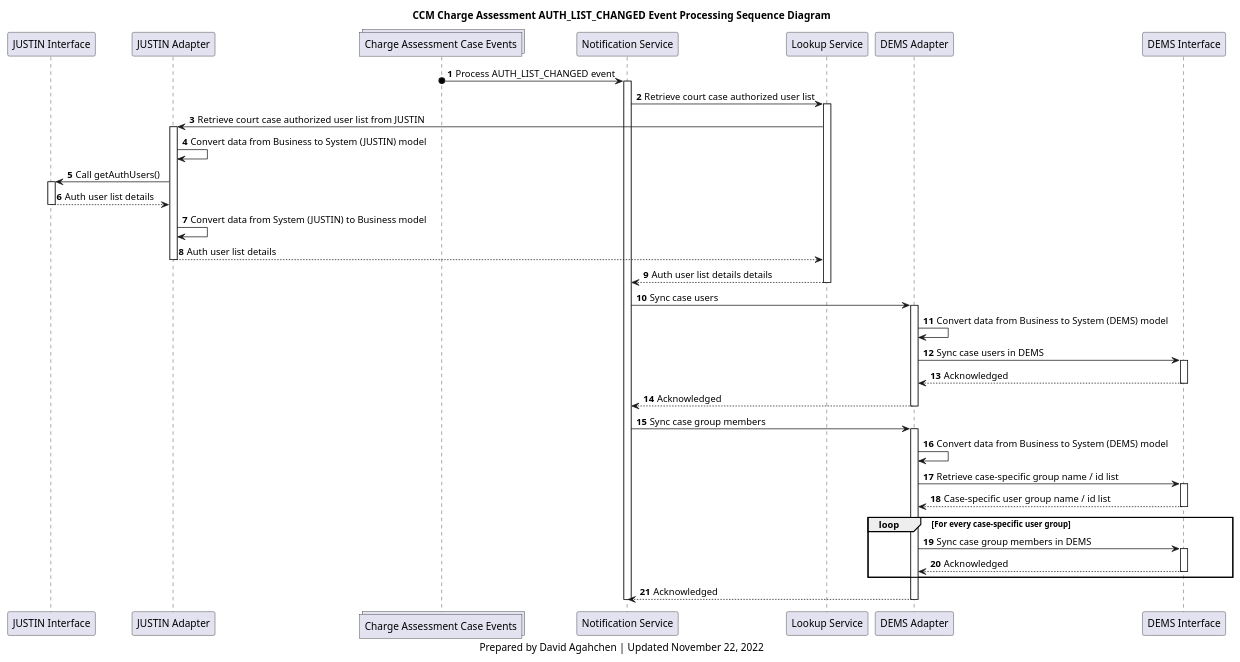
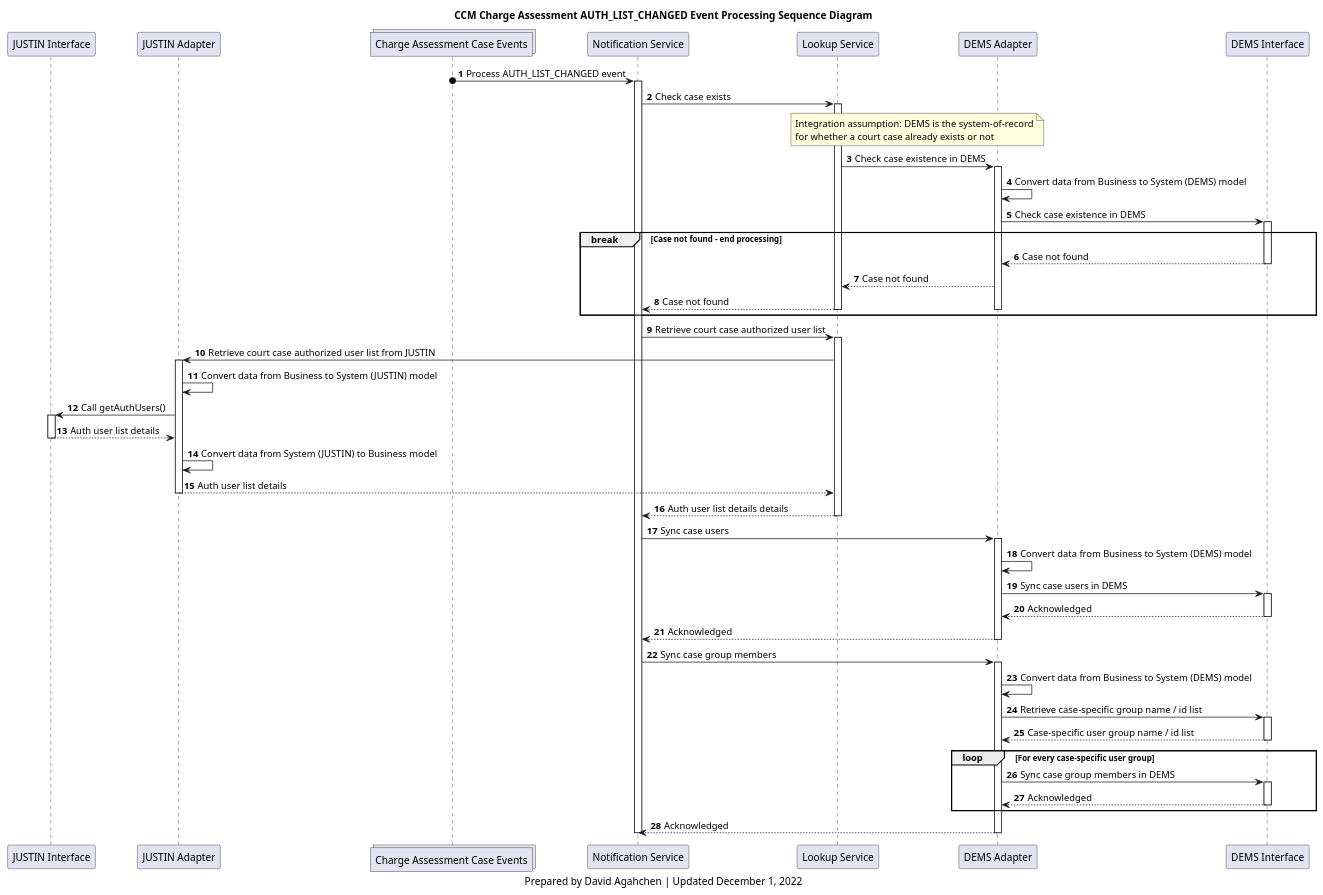
The diagram in diagrams/ccm_charge_assessment_case_auth_list_changed_processing_sequence_diagram.plantuml (bcgov/jpss-jade-ccm), drawn with PlantUML before and after one commit. The commit also changed 7 other files, not shown here.

Commit message:
JADE-1828 diagram updates

```diff
--- a/diagrams/ccm_charge_assessment_case_auth_list_changed_processing_sequence_diagram.plantuml
+++ b/diagrams/ccm_charge_assessment_case_auth_list_changed_processing_sequence_diagram.plantuml
@@ -1,67 +1,89 @@
 @startuml
 'hide footbox
 participant j_interface as "JUSTIN Interface"
 participant j_adapter as "JUSTIN Adapter"
 collections charge_assessment_cases_topic as "Charge Assessment Case Events"
 participant notification_service as "Notification Service"
 participant lookup_service as "Lookup Service"
 participant d_adapter as "DEMS Adapter"
 participant d_interface as "DEMS Interface"
 
 title
 CCM Charge Assessment AUTH_LIST_CHANGED Event Processing Sequence Diagram
 end title
 
 autonumber
 
 charge_assessment_cases_topic o-> notification_service : Process AUTH_LIST_CHANGED event
 activate notification_service
+
+notification_service -> lookup_service: Check case exists
+activate lookup_service
+note over lookup_service, d_adapter
+Integration assumption: DEMS is the system-of-record
+for whether a court case already exists or not
+end note
+lookup_service -> d_adapter: Check case existence in DEMS
+activate d_adapter
+d_adapter -> d_adapter: Convert data from Business to System (DEMS) model
+d_adapter -> d_interface: Check case existence in DEMS
+activate d_interface
+
+break Case not found - end processing
+d_interface --> d_adapter: Case not found
+deactivate d_interface
+d_adapter --> lookup_service: Case not found
+lookup_service --> notification_service: Case not found
+deactivate lookup_service
+deactivate d_adapter
+end break
+
 notification_service -> lookup_service: Retrieve court case authorized user list
 activate lookup_service
 lookup_service -> j_adapter: Retrieve court case authorized user list from JUSTIN
 
 activate j_adapter
 j_adapter -> j_adapter: Convert data from Business to System (JUSTIN) model
 j_adapter -> j_interface: Call getAuthUsers()
 activate j_interface
 j_interface --> j_adapter: Auth user list details
 deactivate j_interface
 j_adapter -> j_adapter: Convert data from System (JUSTIN) to Business model
 j_adapter --> lookup_service: Auth user list details
 deactivate j_adapter
 
 lookup_service --> notification_service: Auth user list details details
 deactivate lookup_service
 
 notification_service -> d_adapter: Sync case users
 activate d_adapter
 d_adapter -> d_adapter: Convert data from Business to System (DEMS) model
 d_adapter -> d_interface: Sync case users in DEMS
 activate d_interface
 d_interface --> d_adapter: Acknowledged
 deactivate d_interface
 d_adapter --> notification_service: Acknowledged
 deactivate d_adapter
 
 notification_service -> d_adapter: Sync case group members
 activate d_adapter
 d_adapter -> d_adapter: Convert data from Business to System (DEMS) model
 d_adapter -> d_interface: Retrieve case-specific group name / id list
 activate d_interface
 d_interface --> d_adapter: Case-specific user group name / id list
 deactivate d_interface
 loop For every case-specific user group
     d_adapter -> d_interface: Sync case group members in DEMS
     activate d_interface
     d_interface --> d_adapter: Acknowledged
     deactivate d_interface
 end
 d_adapter --> notification_service: Acknowledged
 deactivate d_adapter
 
 deactivate notification_service
 
 caption
-Prepared by David Agahchen | Updated November 22, 2022
+Prepared by David Agahchen | Updated December 1, 2022
 end caption
 @enduml
```
